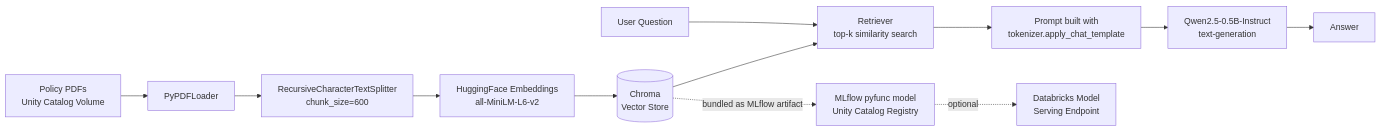
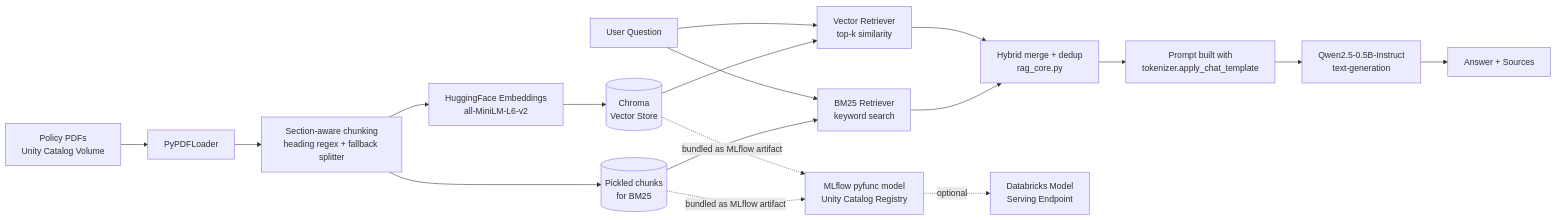
One commit to miran-io/policy-rag-agent changed the diagram in README.md. Above: the diagram before and after it, drawn with Mermaid. The commit also changed other lines of this file and 5 other files, not shown here.

Commit message:
Add hybrid retrieval, section-aware chunking, and citations; share RAG logic via rag_core.py

````diff
--- a/README.md
+++ b/README.md
@@ -49,16 +56,22 @@
 ```mermaid
 flowchart LR
     A[Policy PDFs<br/>Unity Catalog Volume] --> B[PyPDFLoader]
-    B --> C[RecursiveCharacterTextSplitter<br/>chunk_size=600]
+    B --> C[Section-aware chunking<br/>heading regex + fallback splitter]
     C --> D[HuggingFace Embeddings<br/>all-MiniLM-L6-v2]
     D --> E[(Chroma<br/>Vector Store)]
+    C --> P[(Pickled chunks<br/>for BM25)]
 
-    Q[User Question] --> F[Retriever<br/>top-k similarity search]
+    Q[User Question] --> F[Vector Retriever<br/>top-k similarity]
+    Q --> G[BM25 Retriever<br/>keyword search]
     E --> F
-    F --> G[Prompt built with<br/>tokenizer.apply_chat_template]
-    G --> H[Qwen2.5-0.5B-Instruct<br/>text-generation]
-    H --> I[Answer]
+    P --> G
+    F --> H[Hybrid merge + dedup<br/>rag_core.py]
+    G --> H
+    H --> I[Prompt built with<br/>tokenizer.apply_chat_template]
+    I --> J[Qwen2.5-0.5B-Instruct<br/>text-generation]
+    J --> K[Answer + Sources]
 
-    E -.bundled as MLflow artifact.-> J[MLflow pyfunc model<br/>Unity Catalog Registry]
-    J -.optional.-> K[Databricks Model<br/>Serving Endpoint]
+    E -.bundled as MLflow artifact.-> L[MLflow pyfunc model<br/>Unity Catalog Registry]
+    P -.bundled as MLflow artifact.-> L
+    L -.optional.-> M[Databricks Model<br/>Serving Endpoint]
 ```
````
